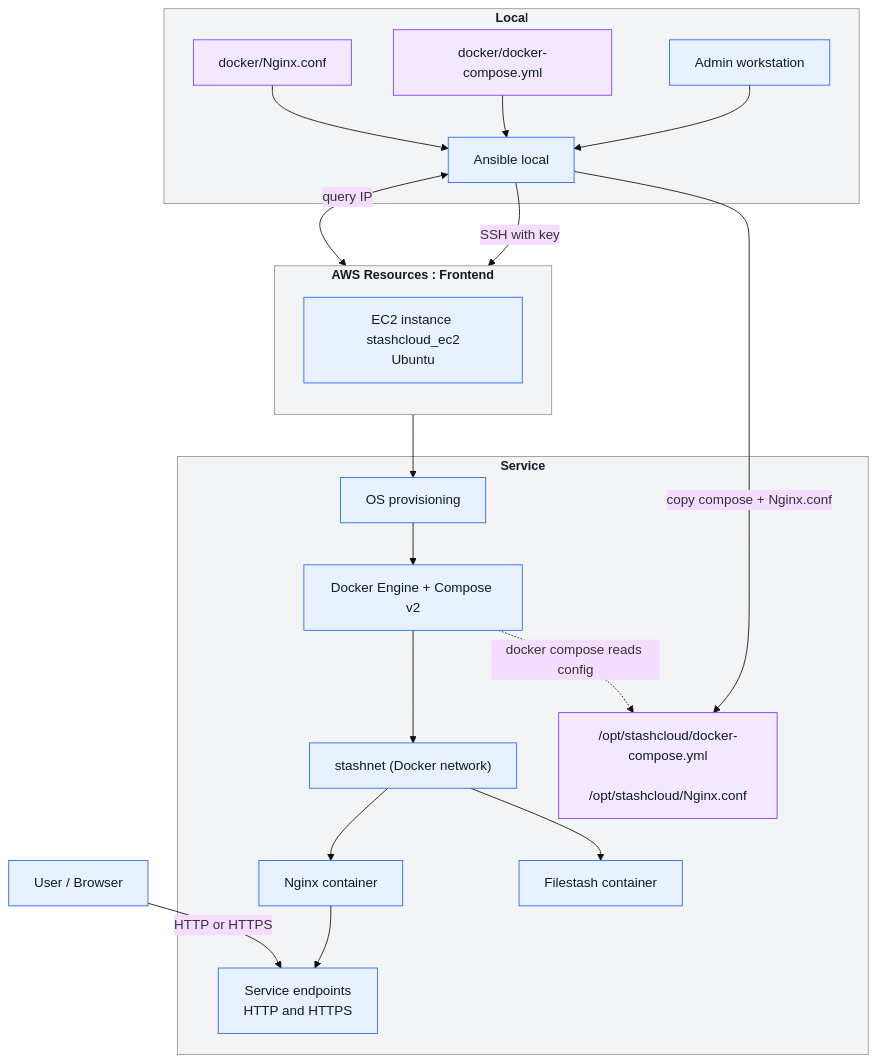
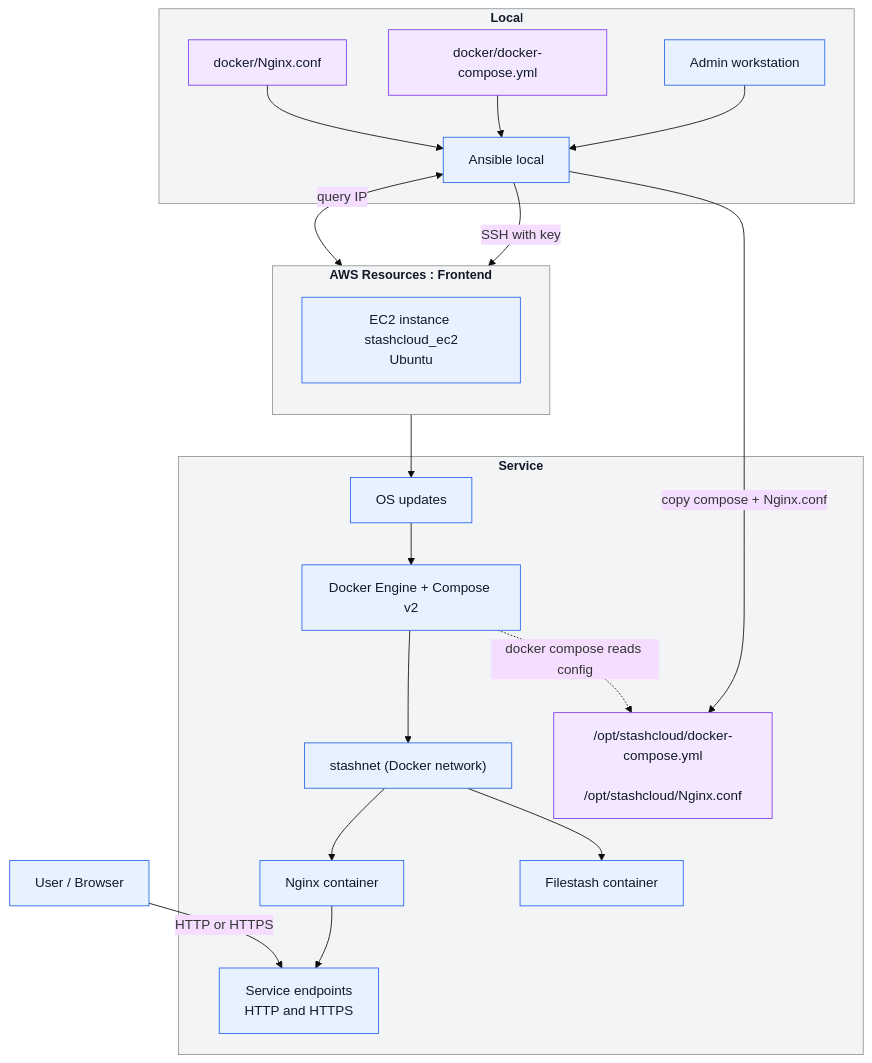
One commit to gsiegwald/stashcloud changed the third of 3 diagrams in README.md. Above: the diagram before and after it, drawn with Mermaid (base theme). The commit also changed other lines of this file, not shown here.

````diff
--- a/README.md
+++ b/README.md
@@ -216,55 +216,55 @@
 ```mermaid
 flowchart TB
   subgraph L[" Local "]
     U["Admin workstation"]
     ANS["Ansible local"]
     DC["docker/docker-compose.yml"]
     NC["docker/Nginx.conf"]
   end
 
   subgraph FR["AWS Resources : Frontend"]
     direction TB
 
     EC2["EC2 instance stashcloud_ec2\nUbuntu"]
   end
 
   subgraph APP["Service  "]
-    OS["OS provisioning"]
+    OS["OS updates"]
     DOCKER["Docker Engine + Compose v2"]
     ST["stashnet (Docker network)"]
     NGX["Nginx container"]
     FLS["Filestash container"]
     EP["Service endpoints <br>HTTP and HTTPS"]
     OPT["/opt/stashcloud/docker-compose.yml
     /opt/stashcloud/Nginx.conf"]
   end
 
   U --> ANS
 
   ANS -- "query IP" <--> FR
 
 
   ANS -- "SSH with key" --> EC2
 
   ANS -- "copy compose + Nginx.conf" --> OPT
   DC --> ANS
   NC --> ANS
 
   EC2 --> OS --> DOCKER --> ST
   ST --> NGX --> EP
   ST --> FLS
   B["User / Browser"] -- HTTP or HTTPS --> EP
   DOCKER -. "docker compose reads config" .-> OPT
 
 %% ---- Subgraph styling (backgrounds) ----
 style L  fill:#F3F4F6,stroke:#949494,stroke-width:1px,color:#111827,font-size:15px,font-weight:bold
 style FR fill:#F3F4F6,stroke:#949494,stroke-width:1px,color:#111827,font-size:15px,font-weight:bold
 style APP fill:#F3F4F6,stroke:#949494,stroke-width:1px,color:#111827,font-size:15px,font-weight:bold
 %% ---- Node styling ----
 classDef fileNode fill:#F3E8FF,stroke:#7C3AED,stroke-width:1px,color:#111827;
 classDef default  fill:#E8F1FF,stroke:#2563EB,stroke-width:1px,color:#111827;
 classDef anchorNode fill:transparent,stroke:transparent,stroke-width:0px,color:transparent;
 
 %% Apply file style to file nodes
 class DC,NC,OPT fileNode;
 ```
````
